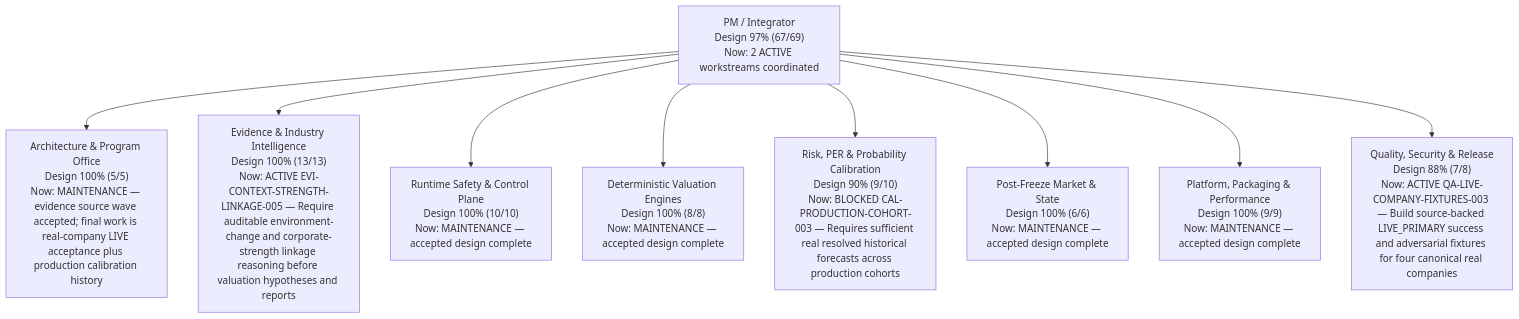
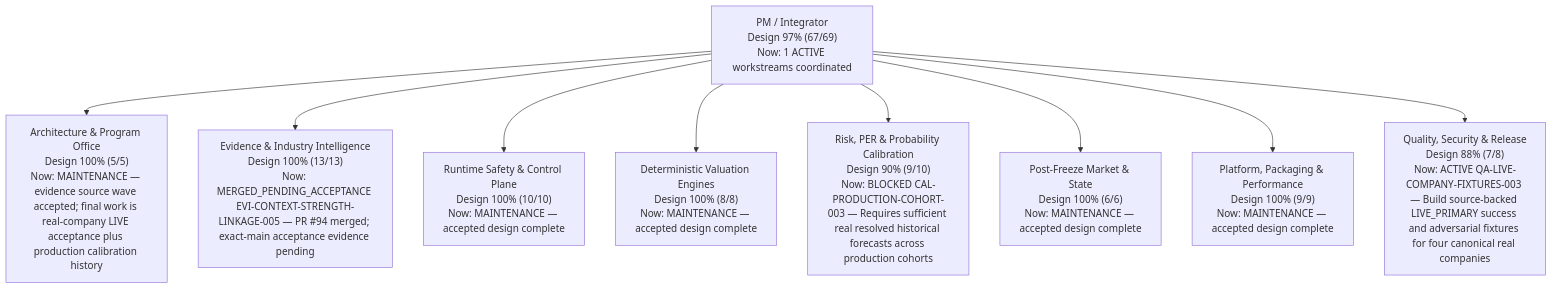
One commit to newwonwoo/valuation changed the diagram in PROJECT_STATUS.md. Above: the diagram before and after it, drawn with Mermaid. The commit also changed other lines of this file and 3 other files, not shown here.

Commit message:
Synchronize merged context-strength milestone state

````diff
--- a/PROJECT_STATUS.md
+++ b/PROJECT_STATUS.md
@@ -24,12 +24,12 @@
 ```mermaid
 flowchart TB
-  PM["PM / Integrator<br/>Design 97% (67/69)<br/>Now: 2 ACTIVE workstreams coordinated"]
+  PM["PM / Integrator<br/>Design 97% (67/69)<br/>Now: 1 ACTIVE workstreams coordinated"]
   PM --> PMO["Architecture & Program Office<br/>Design 100% (5/5)<br/>Now: MAINTENANCE — evidence source wave accepted; final work is real-company LIVE acceptance plus production calibration history"]
-  PM --> EVIDENCE["Evidence & Industry Intelligence<br/>Design 100% (13/13)<br/>Now: ACTIVE EVI-CONTEXT-STRENGTH-LINKAGE-005 — Require auditable environment-change and corporate-strength linkage reasoning before valuation hypotheses and reports"]
+  PM --> EVIDENCE["Evidence & Industry Intelligence<br/>Design 100% (13/13)<br/>Now: MERGED_PENDING_ACCEPTANCE EVI-CONTEXT-STRENGTH-LINKAGE-005 — PR #94 merged; exact-main acceptance evidence pending"]
   PM --> RUNTIME["Runtime Safety & Control Plane<br/>Design 100% (10/10)<br/>Now: MAINTENANCE — accepted design complete"]
   PM --> VALUATION["Deterministic Valuation Engines<br/>Design 100% (8/8)<br/>Now: MAINTENANCE — accepted design complete"]
   PM --> CALIBRATION["Risk, PER & Probability Calibration<br/>Design 90% (9/10)<br/>Now: BLOCKED CAL-PRODUCTION-COHORT-003 — Requires sufficient real resolved historical forecasts across production cohorts"]
   PM --> POST_FREEZE["Post-Freeze Market & State<br/>Design 100% (6/6)<br/>Now: MAINTENANCE — accepted design complete"]
   PM --> PLATFORM["Platform, Packaging & Performance<br/>Design 100% (9/9)<br/>Now: MAINTENANCE — accepted design complete"]
   PM --> QA_RELEASE["Quality, Security & Release<br/>Design 88% (7/8)<br/>Now: ACTIVE QA-LIVE-COMPANY-FIXTURES-003 — Build source-backed LIVE_PRIMARY success and adversarial fixtures for four canonical real companies"]
 ```
````
